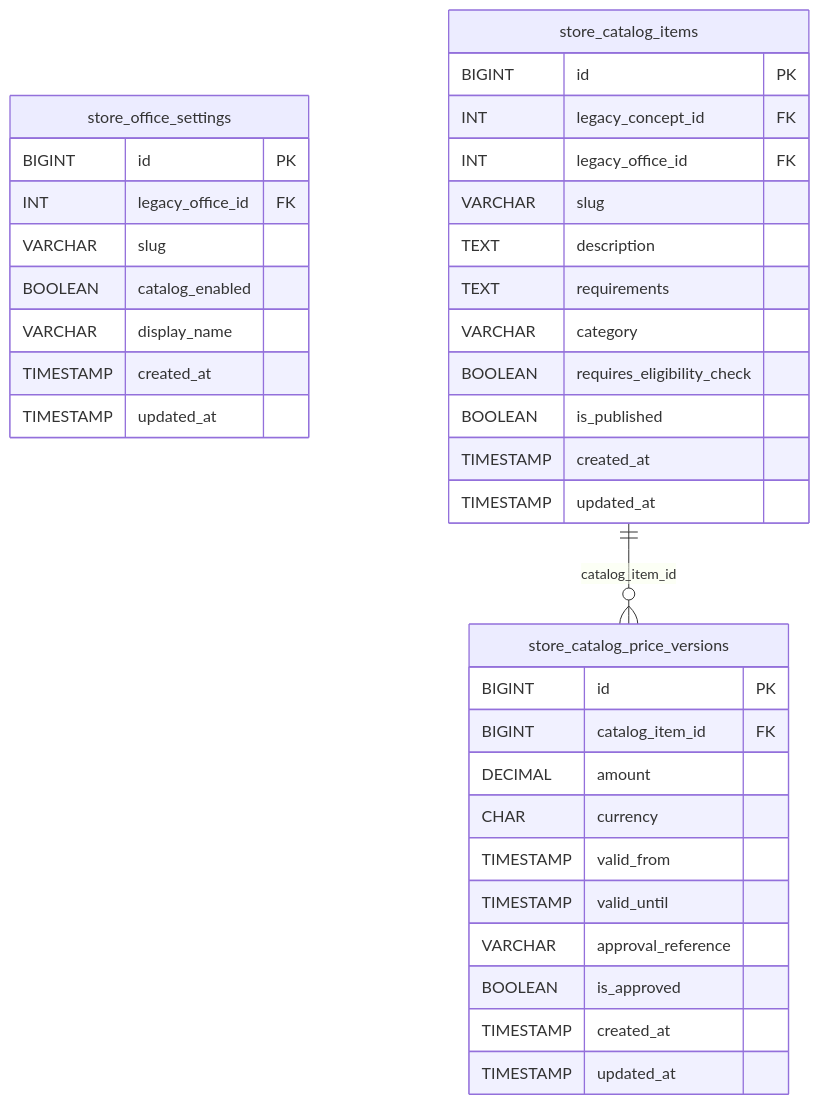
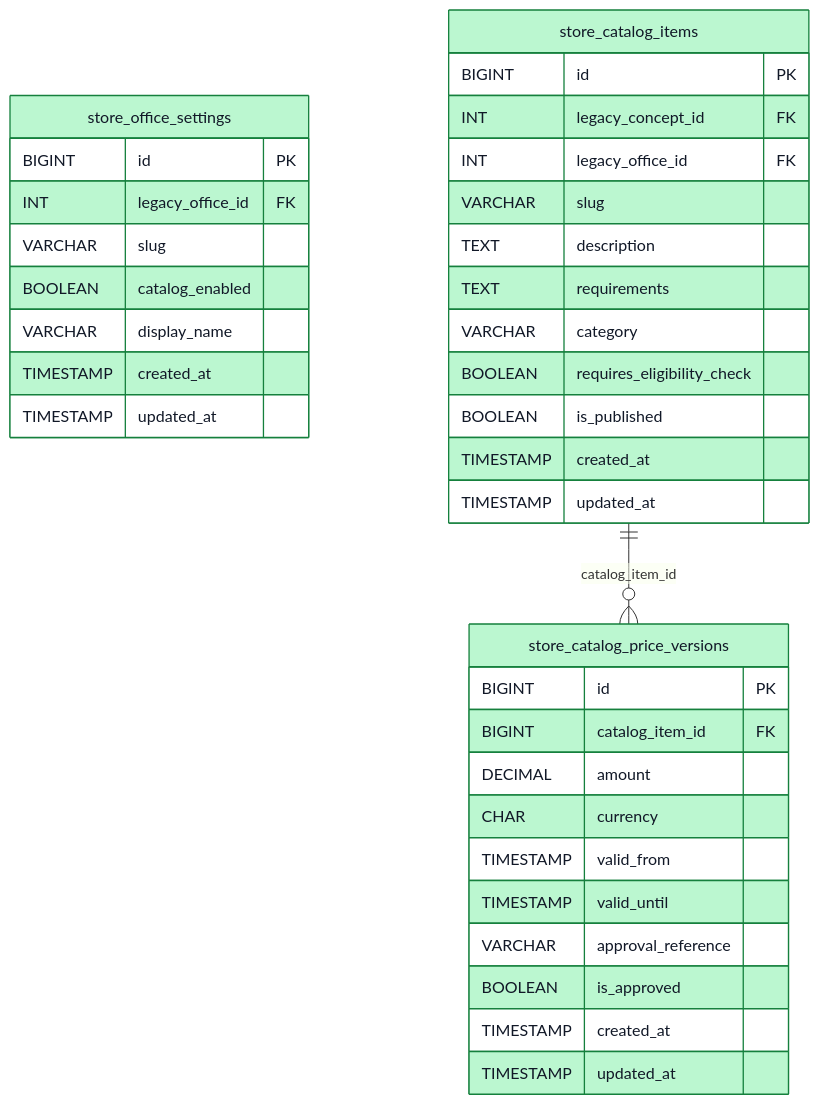
The diagram in docs/modelo-datos/catalogo.md (JIMMY1012102/UNDC-Pagos-Posgrado), drawn with Mermaid before and after one commit.

Commit message:
docs(db): paleta funcional para diagrama catalogo

````diff
--- a/docs/modelo-datos/catalogo.md
+++ b/docs/modelo-datos/catalogo.md
@@ -3,38 +3,41 @@
 ```mermaid
 erDiagram
   store_office_settings {
 BIGINT id PK
 INT legacy_office_id FK
 VARCHAR slug
 BOOLEAN catalog_enabled
 VARCHAR display_name
 TIMESTAMP created_at
 TIMESTAMP updated_at
   }
   store_catalog_items {
 BIGINT id PK
 INT legacy_concept_id FK
 INT legacy_office_id FK
 VARCHAR slug
 TEXT description
 TEXT requirements
 VARCHAR category
 BOOLEAN requires_eligibility_check
 BOOLEAN is_published
 TIMESTAMP created_at
 TIMESTAMP updated_at
   }
   store_catalog_price_versions {
 BIGINT id PK
 BIGINT catalog_item_id FK
 DECIMAL amount
 CHAR currency
 TIMESTAMP valid_from
 TIMESTAMP valid_until
 VARCHAR approval_reference
 BOOLEAN is_approved
 TIMESTAMP created_at
 TIMESTAMP updated_at
   }
   store_catalog_items ||--o{ store_catalog_price_versions : "catalog_item_id"
+  style store_office_settings fill:#BBF7D0,stroke:#15803D,color:#111827
+  style store_catalog_items fill:#BBF7D0,stroke:#15803D,color:#111827
+  style store_catalog_price_versions fill:#BBF7D0,stroke:#15803D,color:#111827
 ```
````
